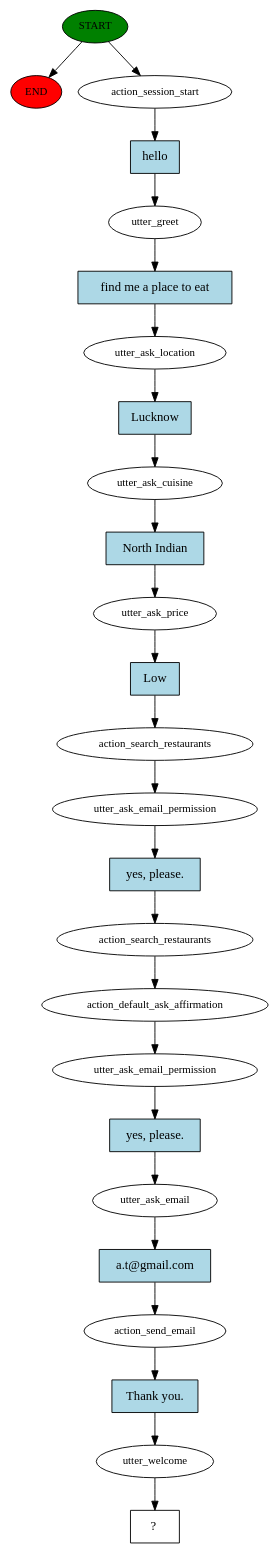
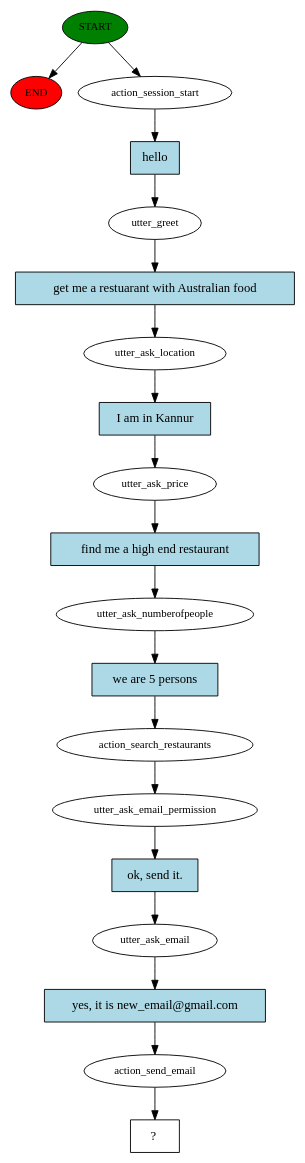
One commit to 4nshuman/Foodie_chatbot changed the diagram in story_graph.dot. Above: the diagram before and after it, drawn with Graphviz. The commit also changed 61 other files, not shown here.

```diff
--- a/story_graph.dot
+++ b/story_graph.dot
@@ -1,51 +1,39 @@
 digraph  {
 0 [class="start active", fillcolor=green, fontsize=12, label=START, style=filled];
 "-1" [class=end, fillcolor=red, fontsize=12, label=END, style=filled];
 1 [class=active, fontsize=12, label=action_session_start];
 2 [class=active, fontsize=12, label=utter_greet];
 3 [class=active, fontsize=12, label=utter_ask_location];
-4 [class=active, fontsize=12, label=utter_ask_cuisine];
-5 [class=active, fontsize=12, label=utter_ask_price];
+4 [class=active, fontsize=12, label=utter_ask_price];
+5 [class=active, fontsize=12, label=utter_ask_numberofpeople];
 6 [class=active, fontsize=12, label=action_search_restaurants];
 7 [class=active, fontsize=12, label=utter_ask_email_permission];
-8 [class=active, fontsize=12, label=action_search_restaurants];
-9 [class=active, fontsize=12, label=action_default_ask_affirmation];
-10 [class=active, fontsize=12, label=utter_ask_email_permission];
-11 [class=active, fontsize=12, label=utter_ask_email];
-12 [class=active, fontsize=12, label=action_send_email];
-13 [class=active, fontsize=12, label=utter_welcome];
-14 [class="intent dashed active", label="  ?  ", shape=rect];
-15 [class="intent active", fillcolor=lightblue, label=hello, shape=rect, style=filled];
-16 [class="intent active", fillcolor=lightblue, label="find me a place to eat", shape=rect, style=filled];
-17 [class="intent active", fillcolor=lightblue, label=Lucknow, shape=rect, style=filled];
-18 [class="intent active", fillcolor=lightblue, label="North Indian", shape=rect, style=filled];
-19 [class="intent active", fillcolor=lightblue, label=Low, shape=rect, style=filled];
-20 [class="intent active", fillcolor=lightblue, label="yes, please.", shape=rect, style=filled];
-21 [class="intent active", fillcolor=lightblue, label="yes, please.", shape=rect, style=filled];
-22 [class="intent active", fillcolor=lightblue, label="a.t@gmail.com", shape=rect, style=filled];
-23 [class="intent active", fillcolor=lightblue, label="Thank you.", shape=rect, style=filled];
+8 [class=active, fontsize=12, label=utter_ask_email];
+9 [class=active, fontsize=12, label=action_send_email];
+10 [class="intent dashed active", label="  ?  ", shape=rect];
+11 [class="intent active", fillcolor=lightblue, label=hello, shape=rect, style=filled];
+12 [class="intent active", fillcolor=lightblue, label="get me a restuarant with Australian food", shape=rect, style=filled];
+13 [class="intent active", fillcolor=lightblue, label="I am in Kannur", shape=rect, style=filled];
+14 [class="intent active", fillcolor=lightblue, label="find me a high end restaurant", shape=rect, style=filled];
+15 [class="intent active", fillcolor=lightblue, label="we are 5 persons", shape=rect, style=filled];
+16 [class="intent active", fillcolor=lightblue, label="ok, send it.", shape=rect, style=filled];
+17 [class="intent active", fillcolor=lightblue, label="yes, it is new_email@gmail.com", shape=rect, style=filled];
 0 -> "-1"  [class="", key=NONE, label=""];
 0 -> 1  [class=active, key=NONE, label=""];
-1 -> 15  [class=active, key=0];
-2 -> 16  [class=active, key=0];
-3 -> 17  [class=active, key=0];
-4 -> 18  [class=active, key=0];
-5 -> 19  [class=active, key=0];
+1 -> 11  [class=active, key=0];
+2 -> 12  [class=active, key=0];
+3 -> 13  [class=active, key=0];
+4 -> 14  [class=active, key=0];
+5 -> 15  [class=active, key=0];
 6 -> 7  [class=active, key=NONE, label=""];
-7 -> 20  [class=active, key=0];
-8 -> 9  [class=active, key=NONE, label=""];
+7 -> 16  [class=active, key=0];
+8 -> 17  [class=active, key=0];
 9 -> 10  [class=active, key=NONE, label=""];
-10 -> 21  [class=active, key=0];
-11 -> 22  [class=active, key=0];
-12 -> 23  [class=active, key=0];
-13 -> 14  [class=active, key=NONE, label=""];
-15 -> 2  [class=active, key=0];
-16 -> 3  [class=active, key=0];
-17 -> 4  [class=active, key=0];
-18 -> 5  [class=active, key=0];
-19 -> 6  [class=active, key=0];
-20 -> 8  [class=active, key=0];
-21 -> 11  [class=active, key=0];
-22 -> 12  [class=active, key=0];
-23 -> 13  [class=active, key=0];
+11 -> 2  [class=active, key=0];
+12 -> 3  [class=active, key=0];
+13 -> 4  [class=active, key=0];
+14 -> 5  [class=active, key=0];
+15 -> 6  [class=active, key=0];
+16 -> 8  [class=active, key=0];
+17 -> 9  [class=active, key=0];
 }
```
